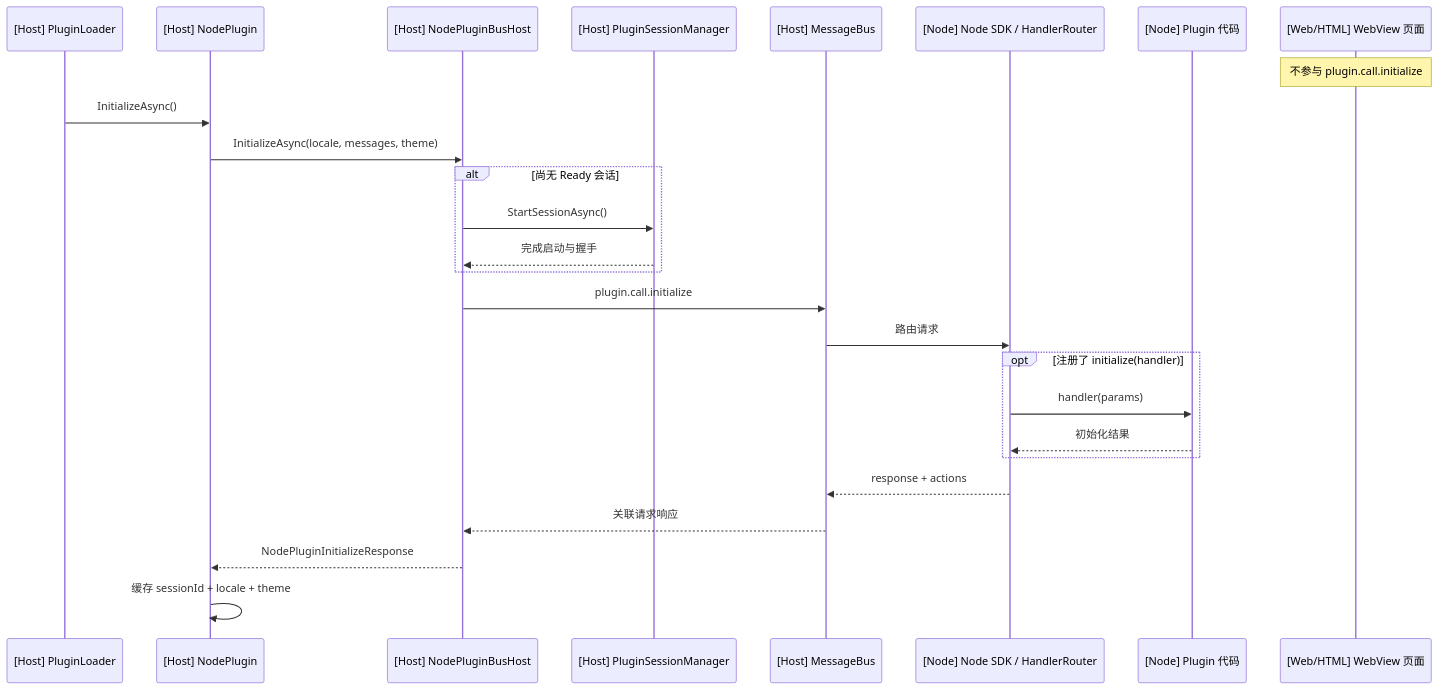
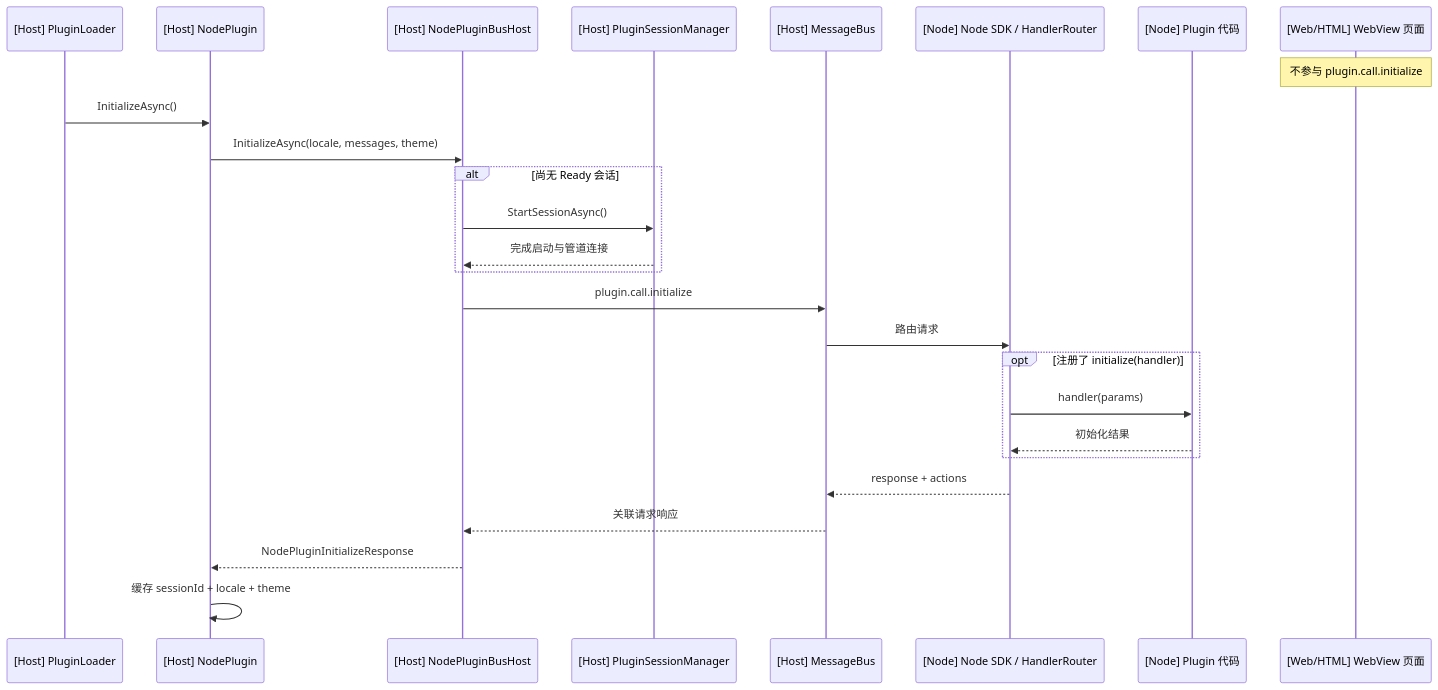
One commit to qpingcode/MyTools changed the second of 3 diagrams in docs/node-plugin-lifecycle.md. Above: the diagram before and after it, drawn with Mermaid. The commit also changed other lines of this file and 33 other files, not shown here.

````diff
--- a/docs/node-plugin-lifecycle.md
+++ b/docs/node-plugin-lifecycle.md
@@ -60,30 +50,30 @@
 ```mermaid
 sequenceDiagram
     participant PL as [Host] PluginLoader
     participant NP as [Host] NodePlugin
     participant BH as [Host] NodePluginBusHost
     participant SM as [Host] PluginSessionManager
     participant MB as [Host] MessageBus
     participant SDK as [Node] Node SDK / HandlerRouter
     participant P as [Node] Plugin 代码
     participant WEB as [Web/HTML] WebView 页面
 
     Note over WEB: 不参与 plugin.call.initialize
 
     PL->>NP: InitializeAsync()
     NP->>BH: InitializeAsync(locale, messages, theme)
     alt 尚无 Ready 会话
         BH->>SM: StartSessionAsync()
-        SM-->>BH: 完成启动与握手
+        SM-->>BH: 完成启动与管道连接
     end
     BH->>MB: plugin.call.initialize
     MB->>SDK: 路由请求
     opt 注册了 initialize(handler)
         SDK->>P: handler(params)
         P-->>SDK: 初始化结果
     end
     SDK-->>MB: response + actions
     MB-->>BH: 关联请求响应
     BH-->>NP: NodePluginInitializeResponse
     NP->>NP: 缓存 sessionId + locale + theme
 ```
````
